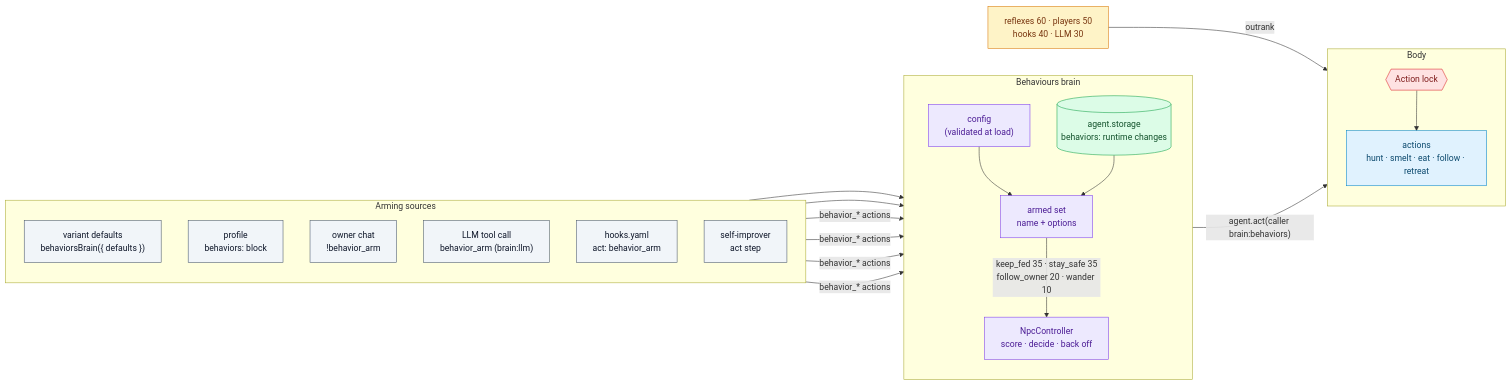
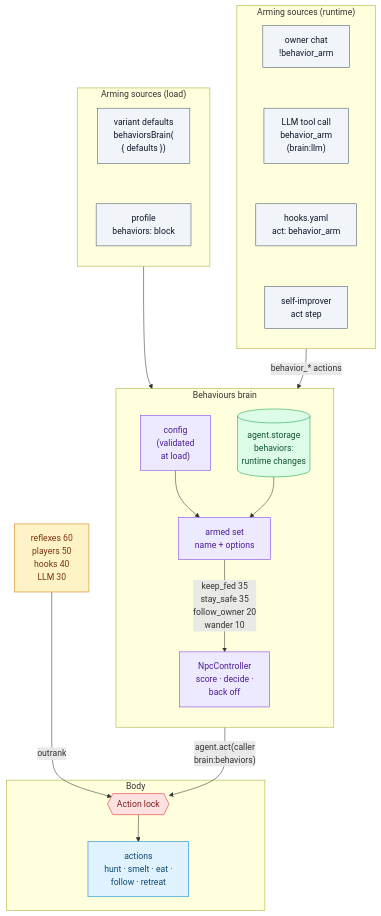
One commit to thereisnotime/golemkit changed the first of 4 diagrams in docs/guide/behaviors.md. Above: the diagram before and after it, drawn with Mermaid. The commit also changed other lines of this file and 20 other files, not shown here.

First line of the commit message:
Docs: replace the last ASCII diagrams with mermaid, make wide charts top-down to fit the column

````diff
--- a/docs/guide/behaviors.md
+++ b/docs/guide/behaviors.md
@@ -40,42 +40,47 @@
 ```mermaid
-flowchart LR
-  subgraph src["Arming sources"]
+flowchart TB
+  subgraph s1["Arming sources (load)"]
     direction TB
-    VAR["variant defaults<br/>behaviorsBrain({ defaults })"]
+    VAR["variant defaults<br/>behaviorsBrain(<br/>{ defaults })"]
     PROF["profile<br/>behaviors: block"]
+  end
+  subgraph s2["Arming sources (runtime)"]
+    direction TB
     CHAT["owner chat<br/>!behavior_arm"]
-    LLM["LLM tool call<br/>behavior_arm (brain:llm)"]
+    LLM["LLM tool call<br/>behavior_arm<br/>(brain:llm)"]
     HOOK["hooks.yaml<br/>act: behavior_arm"]
     SELF["self-improver<br/>act step"]
   end
   subgraph rt["Behaviours brain"]
     direction TB
-    CFG["config<br/>(validated at load)"]
-    ST[("agent.storage<br/>behaviors: runtime changes")]
+    CFG["config<br/>(validated<br/>at load)"]
+    ST[("agent.storage<br/>behaviors:<br/>runtime changes")]
     ARM["armed set<br/>name + options"]
-    CTL["NpcController<br/>score · decide · back off"]
+    CTL["NpcController<br/>score · decide ·<br/>back off"]
   end
   subgraph body["Body"]
-    direction TB
     LOCK{{"Action lock"}}
-    ACT["actions<br/>hunt · smelt · eat · follow · retreat"]
+    ACT["actions<br/>hunt · smelt · eat ·<br/>follow · retreat"]
   end
-  VAR & PROF --> CFG --> ARM
-  CHAT & LLM & HOOK & SELF -->|"behavior_* actions"| ST --> ARM
-  ARM -->|"keep_fed 35 · stay_safe 35<br/>follow_owner 20 · wander 10"| CTL
-  CTL -->|"agent.act(caller brain:behaviors)"| LOCK --> ACT
-  REF["reflexes 60 · players 50<br/>hooks 40 · LLM 30"] -->|"outrank"| LOCK
+  VAR ~~~ PROF
+  CHAT ~~~ LLM ~~~ HOOK ~~~ SELF
+  s1 --> CFG --> ARM
+  s2 -->|"behavior_* actions"| ST --> ARM
+  ARM -->|"keep_fed 35<br/>stay_safe 35<br/>follow_owner 20<br/>wander 10"| CTL
+  CTL -->|"agent.act(caller<br/>brain:behaviors)"| LOCK --> ACT
+
+  REF["reflexes 60<br/>players 50<br/>hooks 40<br/>LLM 30"] -->|"outrank"| LOCK
 
   classDef src fill:#f1f5f9,stroke:#475569,color:#0f172a
   classDef brain fill:#ede9fe,stroke:#7c3aed,color:#4c1d95
   classDef store fill:#dcfce7,stroke:#16a34a,color:#14532d
   classDef lock fill:#fee2e2,stroke:#dc2626,color:#7f1d1d
   classDef skill fill:#e0f2fe,stroke:#0284c7,color:#0c4a6e
   classDef ext fill:#fef3c7,stroke:#d97706,color:#78350f
   class VAR,PROF,CHAT,LLM,HOOK,SELF src
   class CFG,ARM,CTL brain
   class ST store
   class LOCK lock
   class ACT skill
   class REF ext
 ```
````
